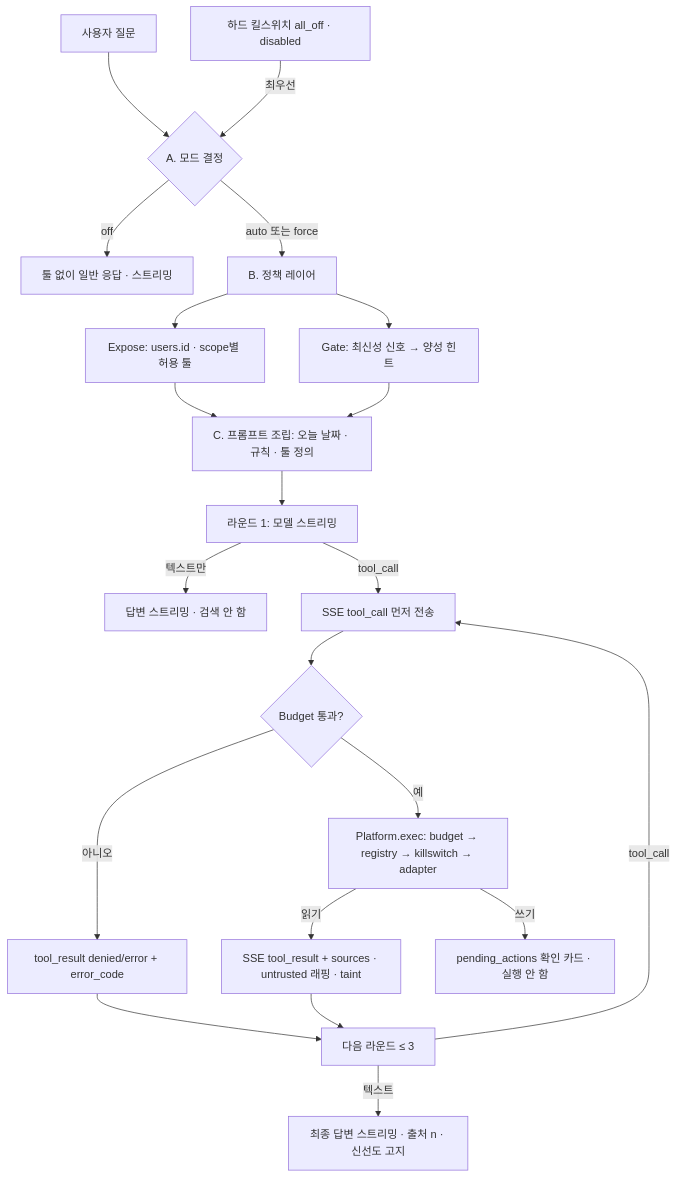
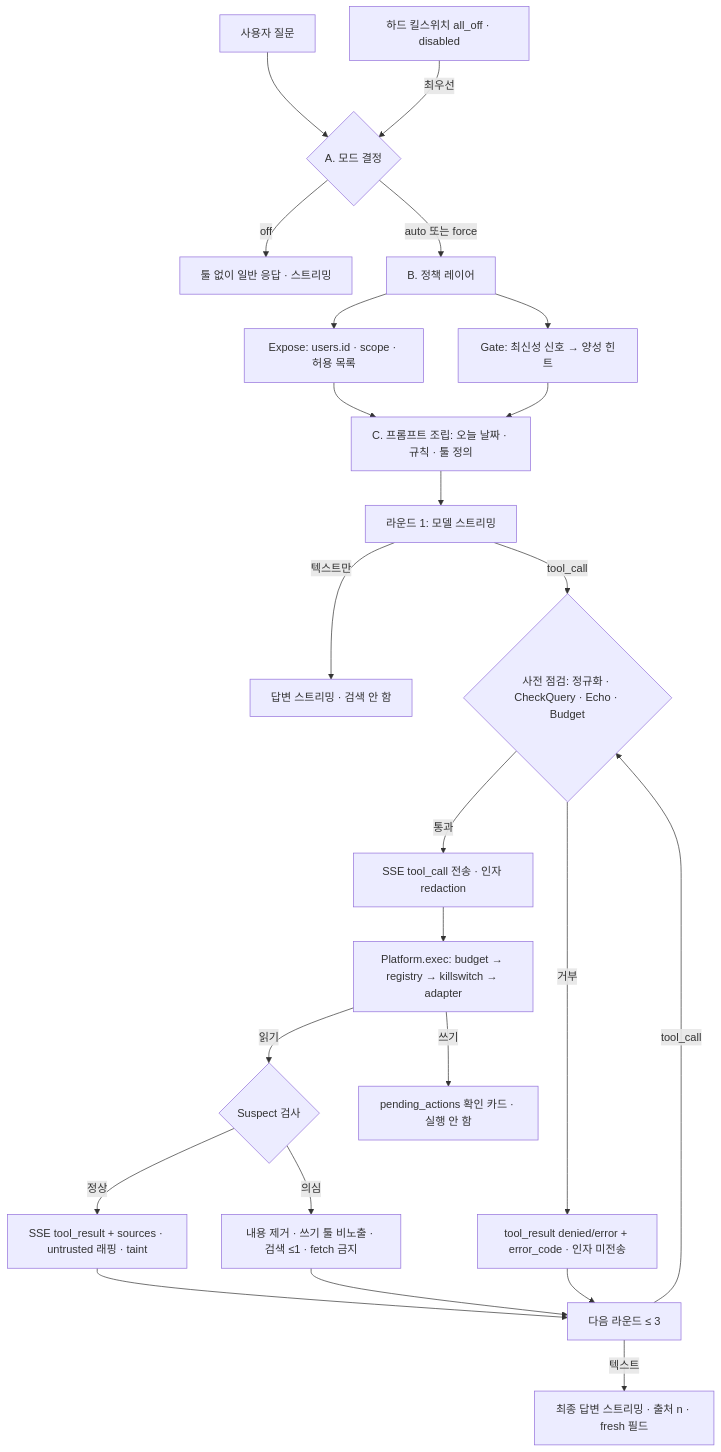
One commit to gun025bba/eve-serving changed the diagram in docs/architecture/auto-tool-selection.md. Above: the diagram before and after it, drawn with Mermaid. The commit also changed other lines of this file and 3 other files, not shown here.

````diff
--- a/docs/architecture/auto-tool-selection.md
+++ b/docs/architecture/auto-tool-selection.md
@@ -86,23 +102,26 @@
 ```mermaid
 flowchart TD
   U[사용자 질문] --> M{A. 모드 결정}
   K[하드 킬스위치 all_off · disabled] -->|최우선| M
   M -->|off| P0[툴 없이 일반 응답 · 스트리밍]
   M -->|auto 또는 force| G[B. 정책 레이어]
-  G --> X[Expose: users.id · scope별 허용 툴]
+  G --> X[Expose: users.id · scope · 허용 목록]
   G --> H[Gate: 최신성 신호 → 양성 힌트]
   X --> PR[C. 프롬프트 조립: 오늘 날짜 · 규칙 · 툴 정의]
   H --> PR
   PR --> R1[라운드 1: 모델 스트리밍]
   R1 -->|텍스트만| ANS[답변 스트리밍 · 검색 안 함]
-  R1 -->|tool_call| EV1[SSE tool_call 먼저 전송]
-  EV1 --> B2{Budget 통과?}
-  B2 -->|아니오| ERR[tool_result denied/error + error_code]
-  B2 -->|예| EX[Platform.exec: budget → registry → killswitch → adapter]
-  EX -->|읽기| RES[SSE tool_result + sources · untrusted 래핑 · taint]
+  R1 -->|tool_call| PF{사전 점검: 정규화 · CheckQuery · Echo · Budget}
+  PF -->|거부| ERR[tool_result denied/error + error_code · 인자 미전송]
+  PF -->|통과| EV1[SSE tool_call 전송 · 인자 redaction]
+  EV1 --> EX[Platform.exec: budget → registry → killswitch → adapter]
+  EX -->|읽기| SC{Suspect 검사}
+  SC -->|정상| RES[SSE tool_result + sources · untrusted 래핑 · taint]
+  SC -->|의심| SUS[내용 제거 · 쓰기 툴 비노출 · 검색 ≤1 · fetch 금지]
   EX -->|쓰기| CARD[pending_actions 확인 카드 · 실행 안 함]
   RES --> R2[다음 라운드 ≤ 3]
+  SUS --> R2
   ERR --> R2
-  R2 -->|tool_call| EV1
-  R2 -->|텍스트| FIN[최종 답변 스트리밍 · 출처 n · 신선도 고지]
+  R2 -->|tool_call| PF
+  R2 -->|텍스트| FIN[최종 답변 스트리밍 · 출처 n · fresh 필드]
 ```
````
